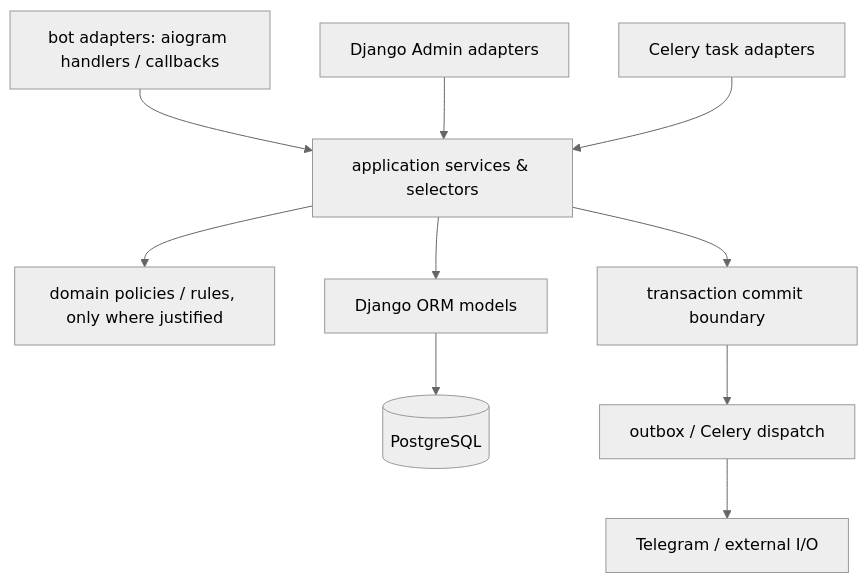
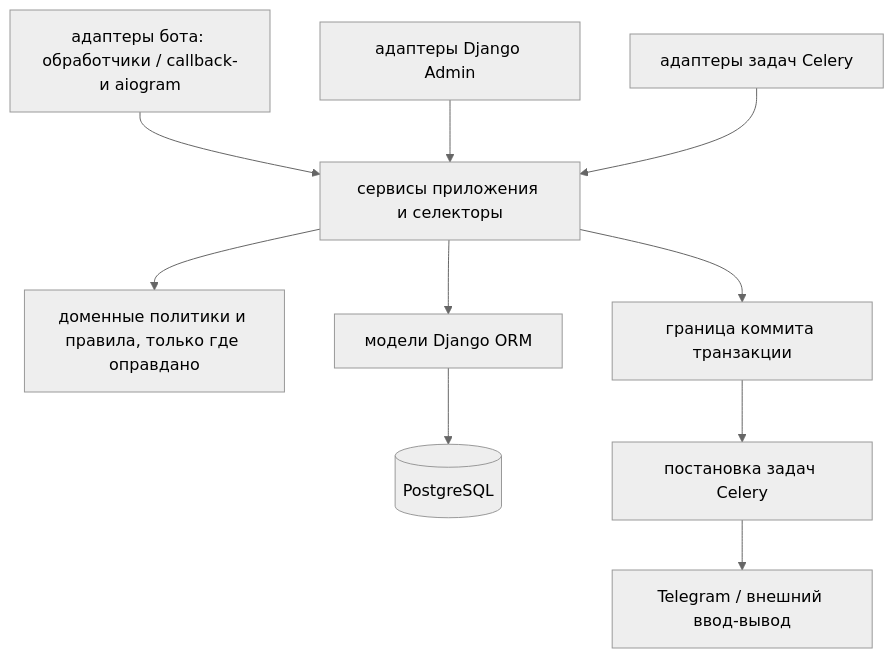
Before and after one commit to Key-pi/tableos: the diagram in docs/architecture/TARGET_ARCHITECTURE.md, drawn with Mermaid (neutral theme). The commit also changed other lines of this file and 7 other files, not shown here.

First line of the commit message:
docs(ru): architecture documents in Russian

````diff
--- a/docs/architecture/TARGET_ARCHITECTURE.md
+++ b/docs/architecture/TARGET_ARCHITECTURE.md
@@ -36,12 +38,12 @@
 ```mermaid
 flowchart TB
-  Bot["bot adapters: aiogram handlers / callbacks"] --> App["application services & selectors"]
-  Admin["Django Admin adapters"] --> App
-  Tasks["Celery task adapters"] --> App
-  App --> Domain["domain policies / rules, only where justified"]
-  App --> Models["Django ORM models"]
+  Bot["адаптеры бота: обработчики / callback-и aiogram"] --> App["сервисы приложения и селекторы"]
+  Admin["адаптеры Django Admin"] --> App
+  Tasks["адаптеры задач Celery"] --> App
+  App --> Domain["доменные политики и правила, только где оправдано"]
+  App --> Models["модели Django ORM"]
   Models --> DB[(PostgreSQL)]
-  App --> Commit["transaction commit boundary"]
-  Commit --> Jobs["outbox / Celery dispatch"]
-  Jobs --> External["Telegram / external I/O"]
+  App --> Commit["граница коммита транзакции"]
+  Commit --> Jobs["постановка задач Celery"]
+  Jobs --> External["Telegram / внешний ввод-вывод"]
 ```
````
